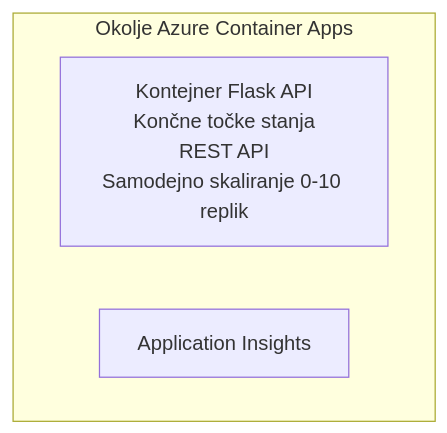
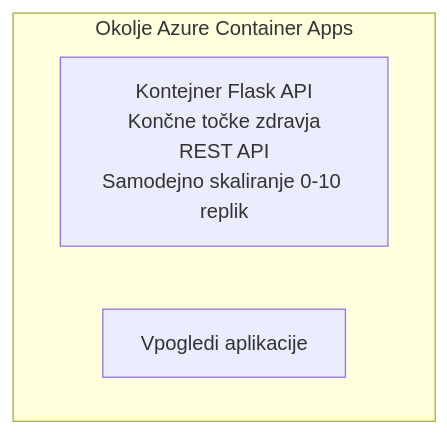
One commit to microsoft/AZD-for-beginners changed the diagram in translations/sl/examples/container-app/simple-flask-api/README.md. Above: the diagram before and after it, drawn with Mermaid. The commit also changed other lines of this file and 104 other files, not shown here.

````diff
--- a/translations/sl/examples/container-app/simple-flask-api/README.md
+++ b/translations/sl/examples/container-app/simple-flask-api/README.md
@@ -26,7 +26,7 @@
 ```mermaid
 graph TD
     subgraph ACA[Okolje Azure Container Apps]
-        Flask[Kontejner Flask API<br/>Končne točke stanja<br/>REST API<br/>Samodejno skaliranje 0-10 replik]
-        AppInsights[Application Insights]
+        Flask[Kontejner Flask API<br/>Končne točke zdravja<br/>REST API<br/>Samodejno skaliranje 0-10 replik]
+        AppInsights[Vpogledi aplikacije]
     end
 ```
````
